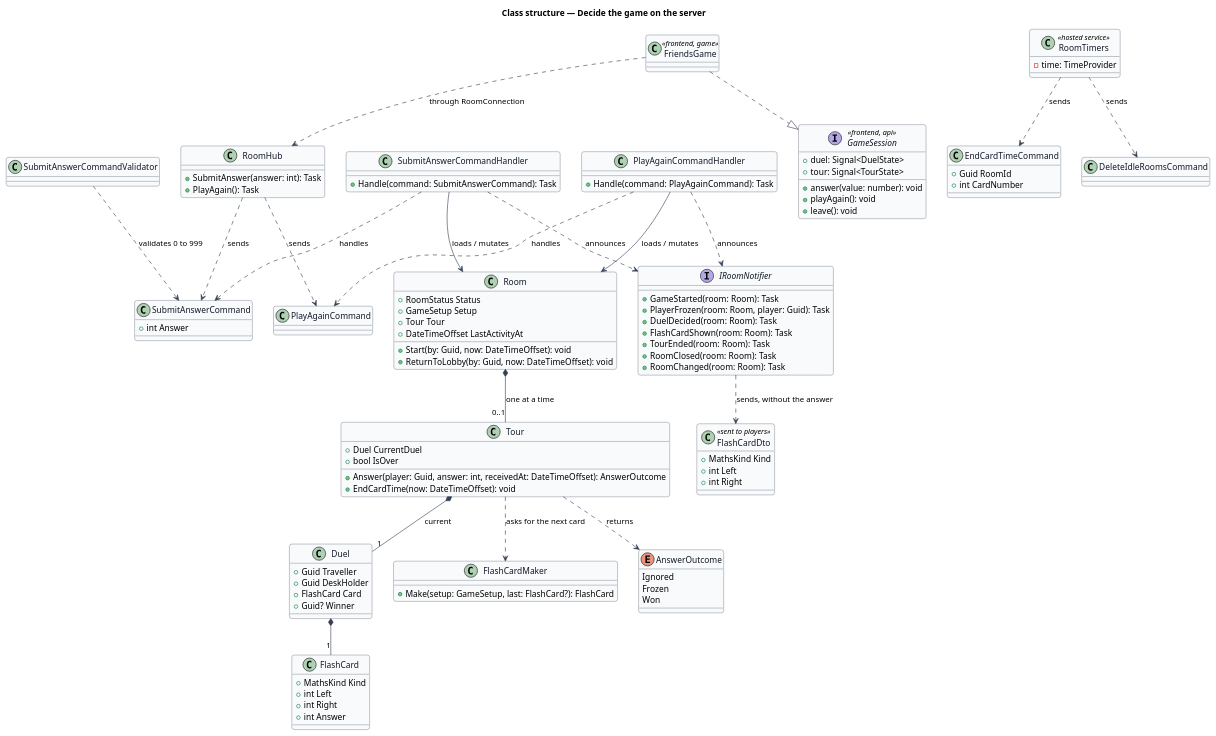
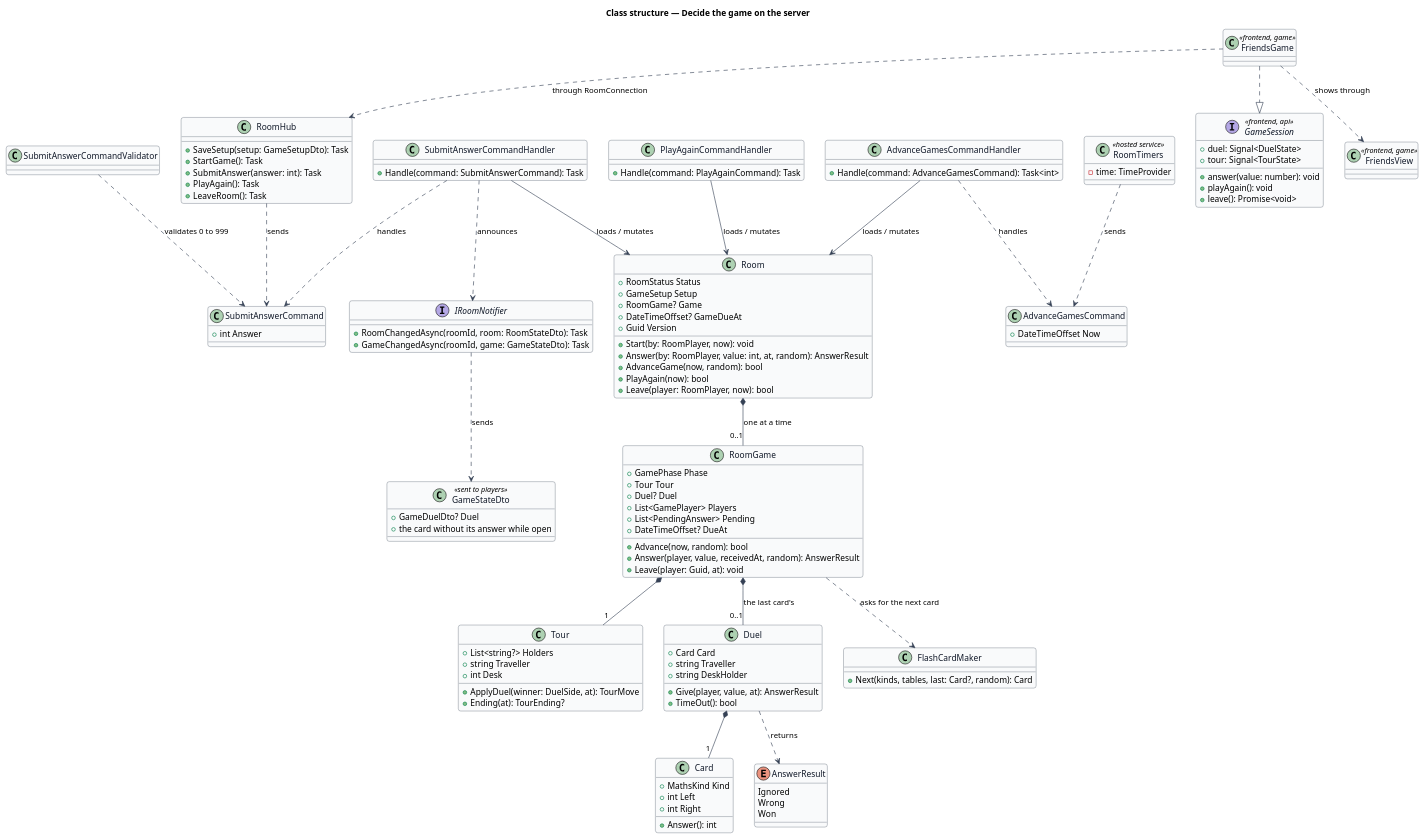
The diagram in docs/detailed-designs/rooms/decide-game-on-server/diagrams/class-structure.puml (QuinntyneBrown/around-the-world), drawn with PlantUML before and after one commit. The commit also changed 20 other files, not shown here.

First line of the commit message:
Journey 14: mark it complete, record its lessons, the budget, the diagrams and the components extended

```diff
--- a/docs/detailed-designs/rooms/decide-game-on-server/diagrams/class-structure.puml
+++ b/docs/detailed-designs/rooms/decide-game-on-server/diagrams/class-structure.puml
@@ -1,115 +1,130 @@
 @startuml
 ' --- shared skin header ---
 skinparam backgroundColor #FFFFFF
 skinparam shadowing false
 skinparam roundcorner 8
 skinparam defaultFontName Arial
 skinparam ArrowColor #344054
 skinparam class {
   BorderColor #344054
   FontColor #101828
   BackgroundColor #F9FAFB
 }
 ' --------------------------
 title Class structure — Decide the game on the server
 
 class RoomHub {
+  +SaveSetup(setup: GameSetupDto): Task
+  +StartGame(): Task
   +SubmitAnswer(answer: int): Task
   +PlayAgain(): Task
+  +LeaveRoom(): Task
 }
 class SubmitAnswerCommand {
   +int Answer
 }
 class SubmitAnswerCommandValidator
 class SubmitAnswerCommandHandler {
   +Handle(command: SubmitAnswerCommand): Task
 }
-class EndCardTimeCommand {
-  +Guid RoomId
-  +int CardNumber
+class AdvanceGamesCommand {
+  +DateTimeOffset Now
 }
-class DeleteIdleRoomsCommand
-class PlayAgainCommand
+class AdvanceGamesCommandHandler {
+  +Handle(command: AdvanceGamesCommand): Task<int>
+}
 class PlayAgainCommandHandler {
   +Handle(command: PlayAgainCommand): Task
 }
 class RoomTimers <<hosted service>> {
   -time: TimeProvider
 }
 class Room {
   +RoomStatus Status
   +GameSetup Setup
+  +RoomGame? Game
+  +DateTimeOffset? GameDueAt
+  +Guid Version
+  +Start(by: RoomPlayer, now): void
+  +Answer(by: RoomPlayer, value: int, at, random): AnswerResult
+  +AdvanceGame(now, random): bool
+  +PlayAgain(now): bool
+  +Leave(player: RoomPlayer, now): bool
+}
+class RoomGame {
+  +GamePhase Phase
   +Tour Tour
-  +DateTimeOffset LastActivityAt
-  +Start(by: Guid, now: DateTimeOffset): void
-  +ReturnToLobby(by: Guid, now: DateTimeOffset): void
+  +Duel? Duel
+  +List<GamePlayer> Players
+  +List<PendingAnswer> Pending
+  +DateTimeOffset? DueAt
+  +Advance(now, random): bool
+  +Answer(player, value, receivedAt, random): AnswerResult
+  +Leave(player: Guid, at): void
 }
 class Tour {
-  +Duel CurrentDuel
-  +Answer(player: Guid, answer: int, receivedAt: DateTimeOffset): AnswerOutcome
-  +EndCardTime(now: DateTimeOffset): void
-  +bool IsOver
+  +List<string?> Holders
+  +string Traveller
+  +int Desk
+  +ApplyDuel(winner: DuelSide, at): TourMove
+  +Ending(at): TourEnding?
 }
 class Duel {
-  +Guid Traveller
-  +Guid DeskHolder
-  +FlashCard Card
-  +Guid? Winner
+  +Card Card
+  +string Traveller
+  +string DeskHolder
+  +Give(player, value, at): AnswerResult
+  +TimeOut(): bool
 }
-class FlashCard {
+class Card {
   +MathsKind Kind
   +int Left
   +int Right
-  +int Answer
+  +Answer(): int
 }
 class FlashCardMaker {
-  +Make(setup: GameSetup, last: FlashCard?): FlashCard
+  +Next(kinds, tables, last: Card?, random): Card
 }
-enum AnswerOutcome {
+enum AnswerResult {
   Ignored
-  Frozen
+  Wrong
   Won
 }
 interface IRoomNotifier {
-  +GameStarted(room: Room): Task
-  +PlayerFrozen(room: Room, player: Guid): Task
-  +DuelDecided(room: Room): Task
-  +FlashCardShown(room: Room): Task
-  +TourEnded(room: Room): Task
-  +RoomClosed(room: Room): Task
-  +RoomChanged(room: Room): Task
+  +RoomChangedAsync(roomId, room: RoomStateDto): Task
+  +GameChangedAsync(roomId, game: GameStateDto): Task
 }
-class FlashCardDto <<sent to players>> {
-  +MathsKind Kind
-  +int Left
-  +int Right
+class GameStateDto <<sent to players>> {
+  +GameDuelDto? Duel
+  +the card without its answer while open
 }
 interface GameSession <<frontend, api>> {
   +duel: Signal<DuelState>
   +tour: Signal<TourState>
   +answer(value: number): void
   +playAgain(): void
-  +leave(): void
+  +leave(): Promise<void>
 }
 class FriendsGame <<frontend, game>>
+class FriendsView <<frontend, game>>
 
 RoomHub ..> SubmitAnswerCommand : sends
 SubmitAnswerCommandValidator ..> SubmitAnswerCommand : validates 0 to 999
 SubmitAnswerCommandHandler ..> SubmitAnswerCommand : handles
 SubmitAnswerCommandHandler --> Room : loads / mutates
 SubmitAnswerCommandHandler ..> IRoomNotifier : announces
-RoomHub ..> PlayAgainCommand : sends
-PlayAgainCommandHandler ..> PlayAgainCommand : handles
 PlayAgainCommandHandler --> Room : loads / mutates
-PlayAgainCommandHandler ..> IRoomNotifier : announces
-RoomTimers ..> EndCardTimeCommand : sends
-RoomTimers ..> DeleteIdleRoomsCommand : sends
-Room *-- "0..1" Tour : one at a time
-Tour *-- "1" Duel : current
-Duel *-- "1" FlashCard
-Tour ..> FlashCardMaker : asks for the next card
-Tour ..> AnswerOutcome : returns
-IRoomNotifier ..> FlashCardDto : sends, without the answer
+RoomTimers ..> AdvanceGamesCommand : sends
+AdvanceGamesCommandHandler ..> AdvanceGamesCommand : handles
+AdvanceGamesCommandHandler --> Room : loads / mutates
+Room *-- "0..1" RoomGame : one at a time
+RoomGame *-- "1" Tour
+RoomGame *-- "0..1" Duel : the last card's
+Duel *-- "1" Card
+RoomGame ..> FlashCardMaker : asks for the next card
+Duel ..> AnswerResult : returns
+IRoomNotifier ..> GameStateDto : sends
 FriendsGame ..|> GameSession
+FriendsGame ..> FriendsView : shows through
 FriendsGame ..> RoomHub : through RoomConnection
 @enduml
```
